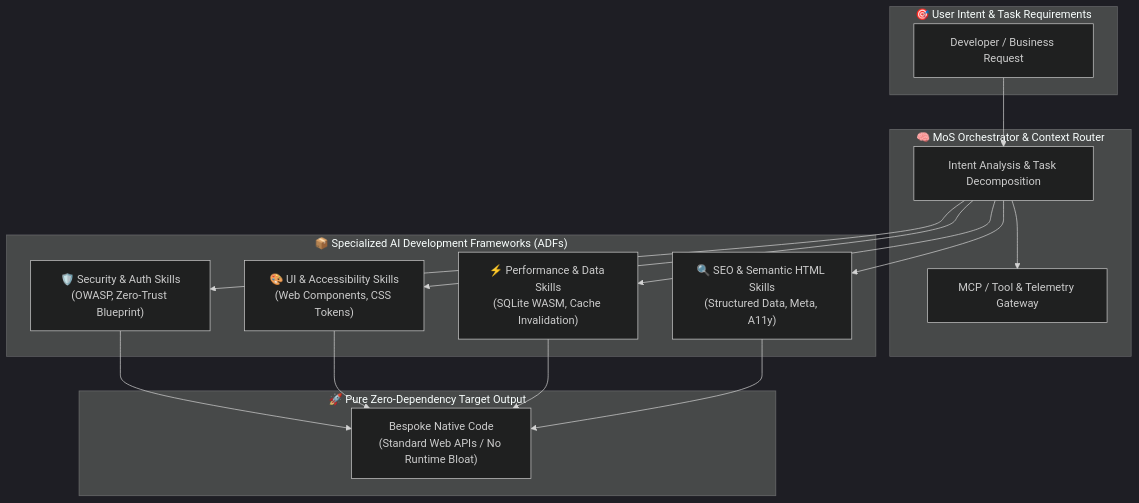
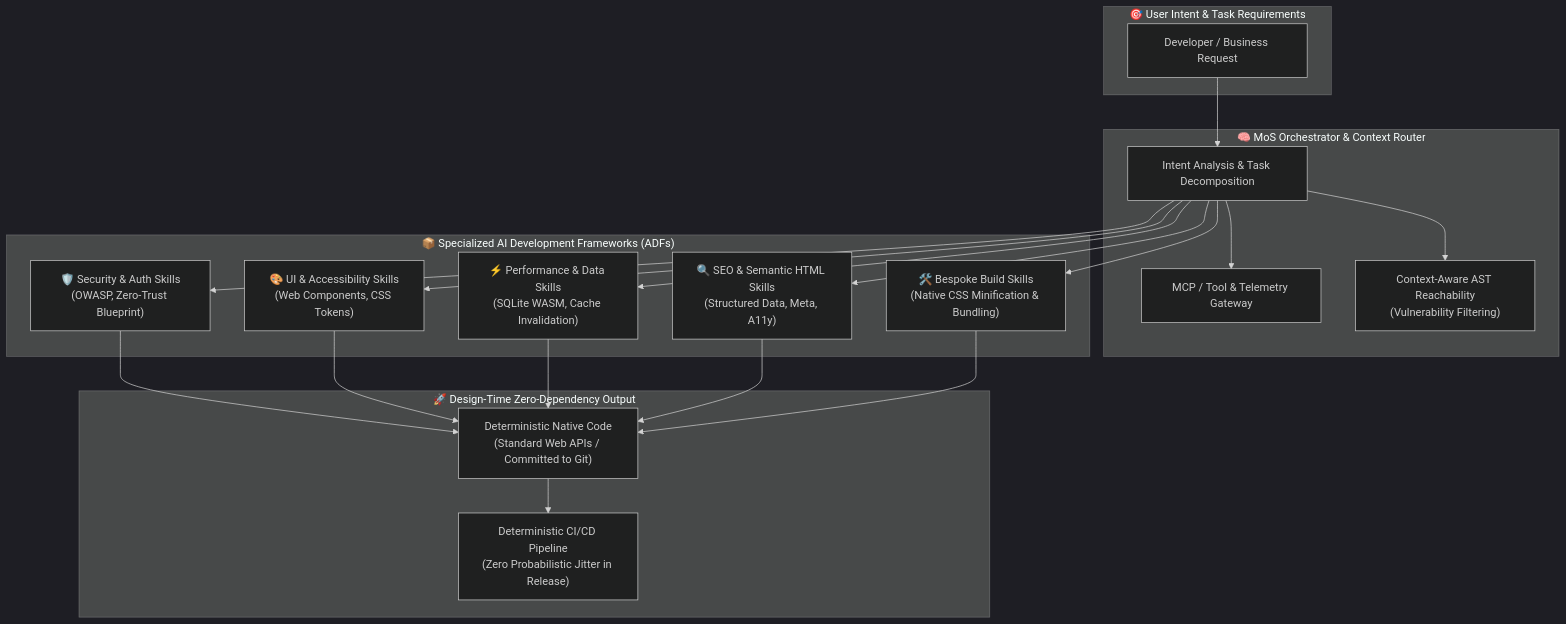
Before and after one commit to cstroliadavis/social-media-ideas: the diagram in topics/documents/the-mixture-of-skills-architecture.md, drawn with Mermaid (dark theme). The commit also changed other lines of this file, not shown here.

````diff
--- a/topics/documents/the-mixture-of-skills-architecture.md
+++ b/topics/documents/the-mixture-of-skills-architecture.md
@@ -53,33 +53,40 @@
 ```mermaid
 graph TD
     subgraph INPUT["🎯 User Intent & Task Requirements"]
         USER["Developer / Business Request"]
     end
 
     subgraph ORCHESTRATION["🧠 MoS Orchestrator & Context Router"]
         ROUTER["Intent Analysis & Task Decomposition"]
         MCP["MCP / Tool & Telemetry Gateway"]
+        REACH["Context-Aware AST Reachability\n(Vulnerability Filtering)"]
     end
 
     subgraph SKILLS["📦 Specialized AI Development Frameworks (ADFs)"]
         SKILL_SEC["🛡️ Security & Auth Skills\n(OWASP, Zero-Trust Blueprint)"]
         SKILL_UI["🎨 UI & Accessibility Skills\n(Web Components, CSS Tokens)"]
         SKILL_PERF["⚡ Performance & Data Skills\n(SQLite WASM, Cache Invalidation)"]
         SKILL_SEO["🔍 SEO & Semantic HTML Skills\n(Structured Data, Meta, A11y)"]
+        SKILL_BUILD["🛠️ Bespoke Build Skills\n(Native CSS Minification & Bundling)"]
     end
 
-    subgraph OUTPUT["🚀 Pure Zero-Dependency Target Output"]
-        CODE["Bespoke Native Code\n(Standard Web APIs / No Runtime Bloat)"]
+    subgraph OUTPUT["🚀 Design-Time Zero-Dependency Output"]
+        CODE["Deterministic Native Code\n(Standard Web APIs / Committed to Git)"]
+        CI["Deterministic CI/CD Pipeline\n(Zero Probabilistic Jitter in Release)"]
     end
 
     USER --> ROUTER
     ROUTER --> MCP
+    ROUTER --> REACH
     ROUTER --> SKILL_SEC
     ROUTER --> SKILL_UI
     ROUTER --> SKILL_PERF
     ROUTER --> SKILL_SEO
+    ROUTER --> SKILL_BUILD
     SKILL_SEC --> CODE
     SKILL_UI --> CODE
     SKILL_PERF --> CODE
     SKILL_SEO --> CODE
+    SKILL_BUILD --> CODE
+    CODE --> CI
 ```
````
